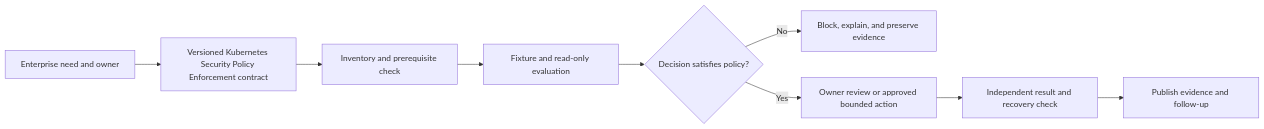
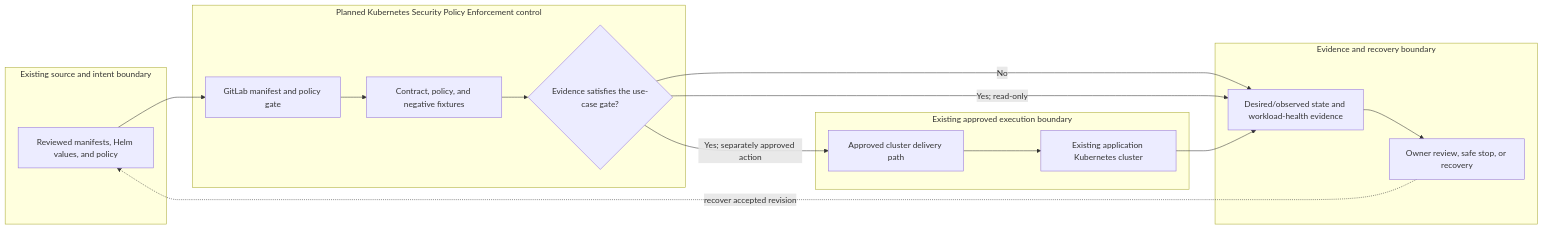
The diagram in docs/use-cases/kubernetes/UC-K8S-007-kubernetes-security-policy-enforcement.md (MIDHTECH/enterprise-architecture-docs), drawn with Mermaid before and after one commit. The commit also changed other lines of this file and 227 other files, not shown here.

Commit message:
Deepen architecture for all use case designs

````diff
--- a/docs/use-cases/kubernetes/UC-K8S-007-kubernetes-security-policy-enforcement.md
+++ b/docs/use-cases/kubernetes/UC-K8S-007-kubernetes-security-policy-enforcement.md
@@ -136,11 +129,25 @@
 ```mermaid
 flowchart LR
-    Need["Enterprise need and owner"] --> Contract["Versioned Kubernetes Security Policy Enforcement contract"]
-    Contract --> Preflight["Inventory and prerequisite check"]
-    Preflight --> Evaluate["Fixture and read-only evaluation"]
-    Evaluate --> Decision{"Decision satisfies policy?"}
-    Decision -->|No| Stop["Block, explain, and preserve evidence"]
-    Decision -->|Yes| Review["Owner review or approved bounded action"]
-    Review --> Verify["Independent result and recovery check"]
-    Verify --> Publish["Publish evidence and follow-up"]
+    subgraph Source["Existing source and intent boundary"]
+        A["Reviewed manifests, Helm values, and policy"]
+    end
+    subgraph Planned["Planned Kubernetes Security Policy Enforcement control"]
+        B["GitLab manifest and policy gate"]
+        C["Contract, policy, and negative fixtures"]
+        D{"Evidence satisfies the use-case gate?"}
+    end
+    subgraph Runtime["Existing approved execution boundary"]
+        E["Approved cluster delivery path"]
+        F["Existing application Kubernetes cluster"]
+    end
+    subgraph Assurance["Evidence and recovery boundary"]
+        G["Desired/observed state and workload-health evidence"]
+        H["Owner review, safe stop, or recovery"]
+    end
+
+    A --> B --> C --> D
+    D -->|No| G --> H
+    D -->|Yes; read-only| G
+    D -->|Yes; separately approved action| E --> F --> G
+    H -. recover accepted revision .-> A
 ```
````
